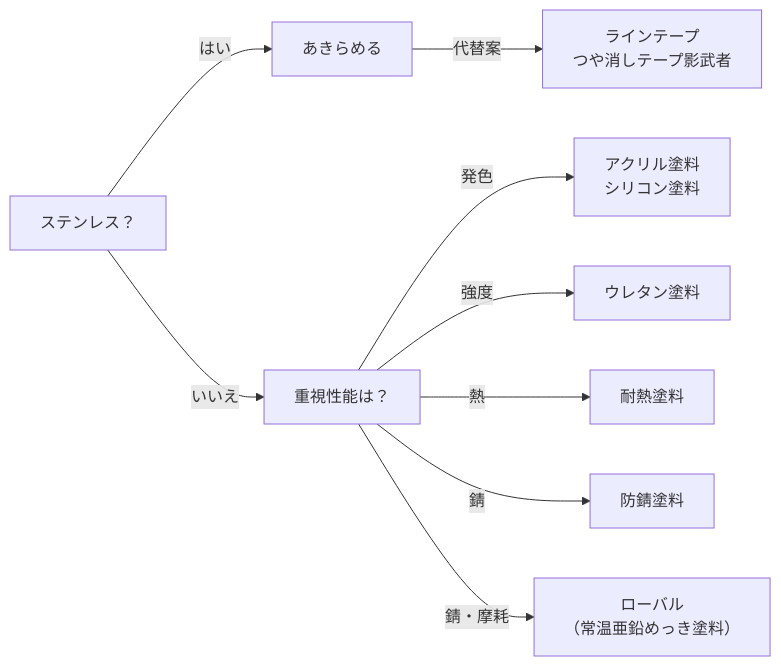
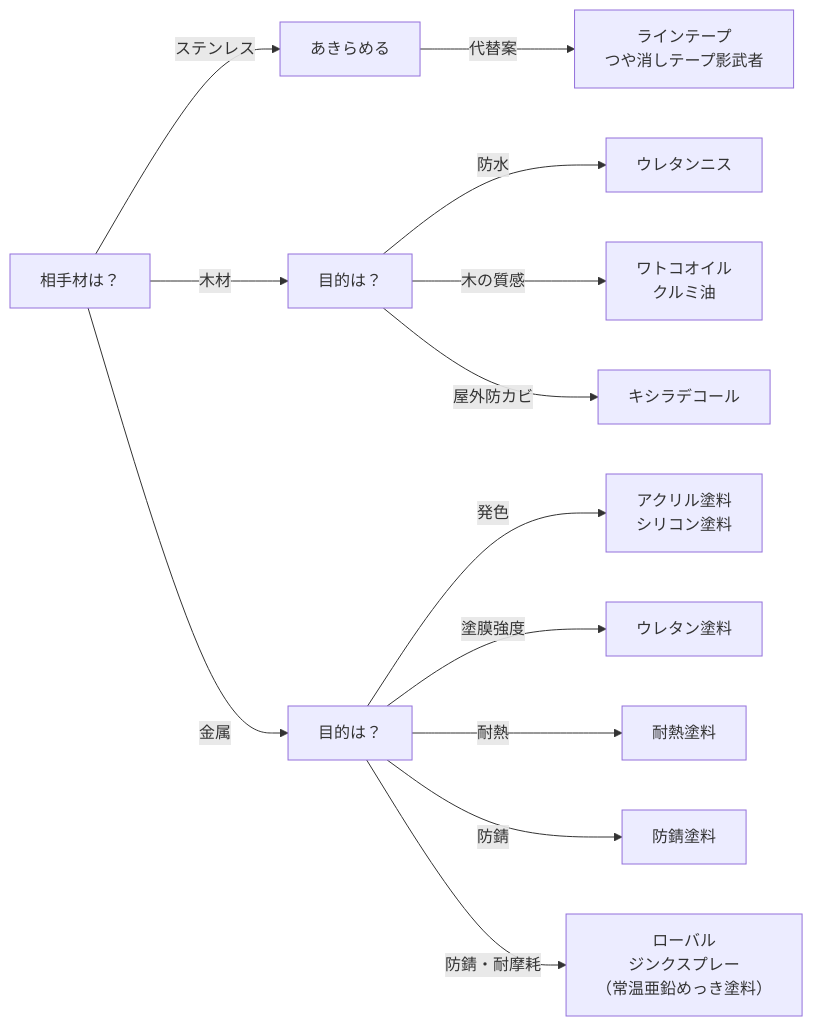
Diagram 20 of 20 in docs/crafting_lookup.md (keimochizuki/lab_tech_note), drawn with Mermaid before and after one commit. The commit also changed other lines of this file and 1 other file, not shown here.

Commit message:
Added _layouts for a test

````diff
--- a/docs/crafting_lookup.md
+++ b/docs/crafting_lookup.md
@@ -297,11 +297,15 @@
 ```mermaid
 flowchart LR;
-Start["ステンレス？"]--"はい"-->Yes["あきらめる"];
-Yes--"代替案"-->PlanB["ラインテープ\nつや消しテープ影武者"];
-Start--"いいえ"-->No["重視性能は？"];
-No--"発色"-->Color["アクリル塗料\nシリコン塗料"];
-No--"強度"-->Thickness["ウレタン塗料"];
-No--"熱"-->HeatResist["耐熱塗料"];
-No--"錆"-->StainResist["防錆塗料"];
-No--"錆・摩耗"-->Tough["ローバル\n（常温亜鉛めっき塗料）"];
+Start["相手材は？"]--"ステンレス"-->Stainless["あきらめる"];
+Stainless--"代替案"-->PlanB["ラインテープ\nつや消しテープ影武者"];
+Start--"木材"-->Wood["目的は？"];
+Wood--"防水"-->Varnish["ウレタンニス"];
+Wood--"木の質感"-->Oilstain["ワトコオイル\nクルミ油"];
+Wood--"屋外防カビ"-->Xyladecor["キシラデコール"];
+Start--"金属"-->Metal["目的は？"];
+Metal--"発色"-->Color["アクリル塗料\nシリコン塗料"];
+Metal--"塗膜強度"-->Thickness["ウレタン塗料"];
+Metal--"耐熱"-->HeatResist["耐熱塗料"];
+Metal--"防錆"-->StainResist["防錆塗料"];
+Metal--"防錆・耐摩耗"-->Tough["ローバル\nジンクスプレー\n（常温亜鉛めっき塗料）"];
 ```
````
